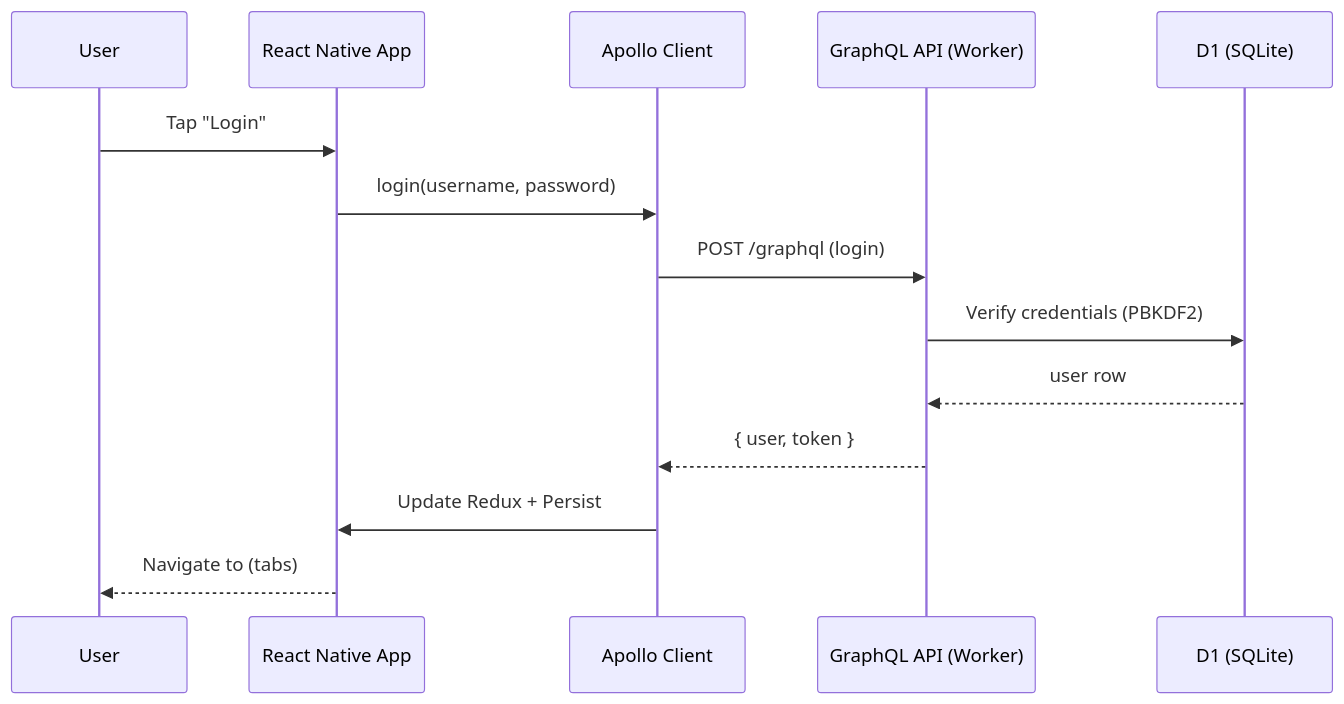
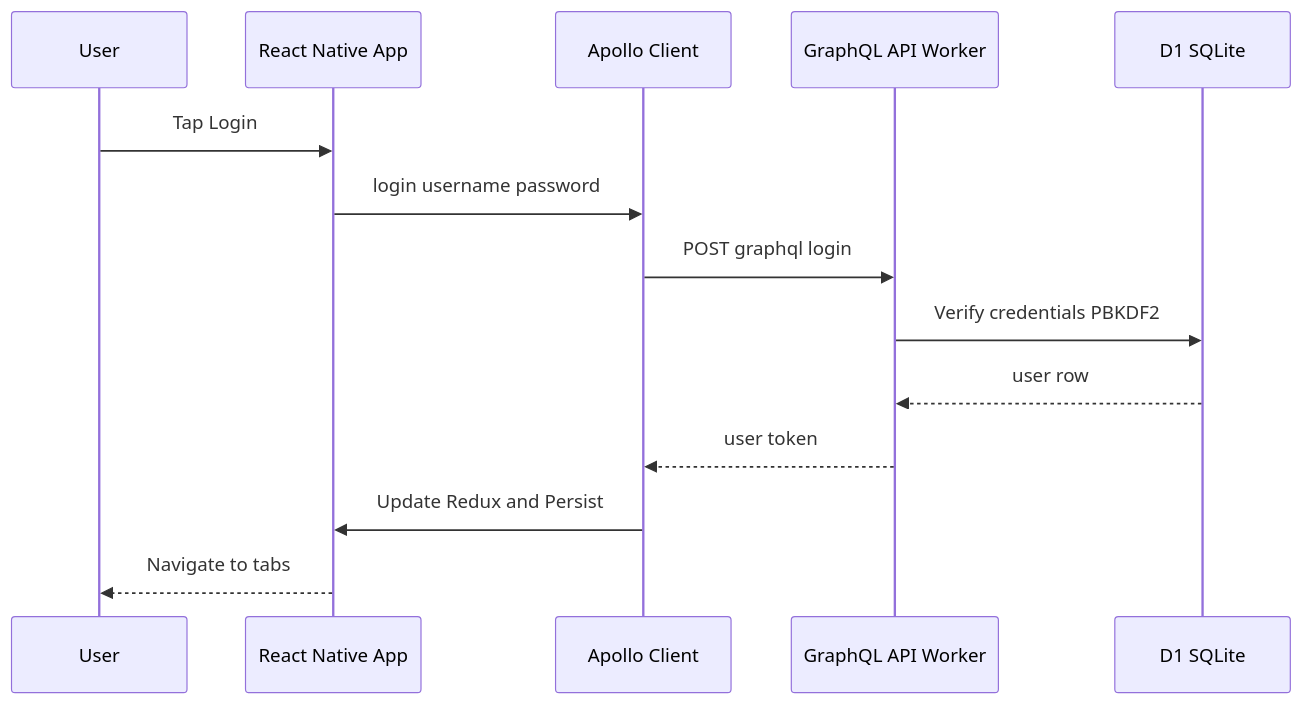
Before and after one commit to mehotkhan/safarnak.app: the second of 4 diagrams in README.md, drawn with Mermaid. The commit also changed other lines of this file, not shown here.

Commit message:
docs(readme): fix Mermaid syntax by removing parentheses and special chars
- Replaced parentheses with words in node labels
- Changed + to 'and', & to 'and'
- Removed parentheses from participant names
- Simplified text in sequence diagram messages
- GitHub should now render all diagrams correctly

````diff
--- a/README.md
+++ b/README.md
@@ -84,17 +84,17 @@
 ```mermaid
 sequenceDiagram
   participant U as User
   participant RN as React Native App
   participant AP as Apollo Client
-  participant API as GraphQL API (Worker)
-  participant DB as D1 (SQLite)
+  participant API as GraphQL API Worker
+  participant DB as D1 SQLite
 
-  U->>RN: Tap "Login"
-  RN->>AP: login(username, password)
-  AP->>API: POST /graphql (login)
-  API->>DB: Verify credentials (PBKDF2)
+  U->>RN: Tap Login
+  RN->>AP: login username password
+  AP->>API: POST graphql login
+  API->>DB: Verify credentials PBKDF2
   DB-->>API: user row
-  API-->>AP: { user, token }
-  AP->>RN: Update Redux + Persist
-  RN-->>U: Navigate to (tabs)
+  API-->>AP: user token
+  AP->>RN: Update Redux and Persist
+  RN-->>U: Navigate to tabs
 ```
````
